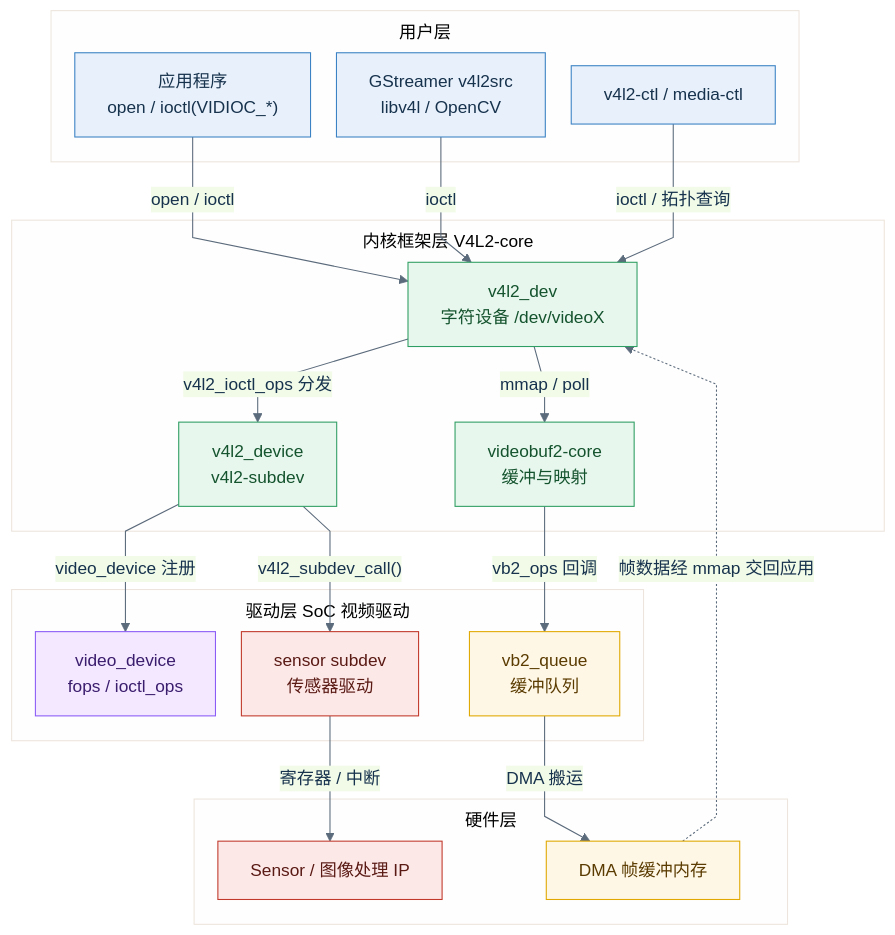
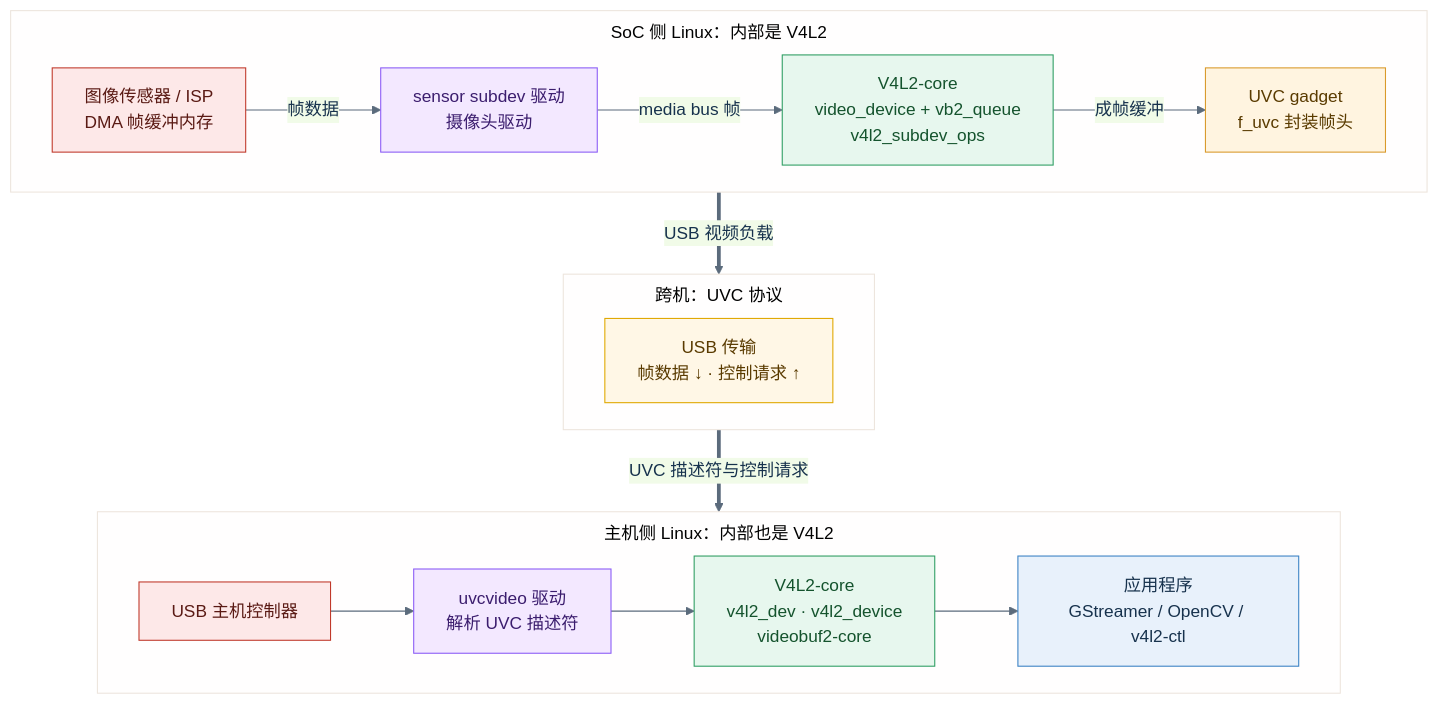
The second of 9 diagrams in content/posts/architecture/soc_video_pipeline_v4l2_dma_buf.md (DeguiLiu/tech-notes), drawn with Mermaid before and after one commit. The commit also changed other lines of this file, not shown here.

Commit message:
story-docs(blog): redraw layering figure for both V4L2 sides and label buffer stages

````diff
--- a/content/posts/architecture/soc_video_pipeline_v4l2_dma_buf.md
+++ b/content/posts/architecture/soc_video_pipeline_v4l2_dma_buf.md
@@ -71,39 +73,36 @@
 ```mermaid
-%%{init: {'theme':'base','flowchart':{'nodeSpacing':24,'rankSpacing':46,'curve':'linear','subGraphTitleMargin':{'top':8,'bottom':8}},'themeVariables':{'primaryColor':'#E8F1FB','primaryTextColor':'#17324D','primaryBorderColor':'#3B82C4','lineColor':'#5B6B7C'}}}%%
+%%{init: {'theme':'base','flowchart':{'nodeSpacing':30,'rankSpacing':52,'curve':'linear','subGraphTitleMargin':{'top':8,'bottom':8}},'themeVariables':{'primaryColor':'#E8F1FB','primaryTextColor':'#17324D','primaryBorderColor':'#3B82C4','lineColor':'#5B6B7C'}}}%%
 flowchart TB
-  subgraph L0["用户层"]
-    APP["应用程序<br/>open / ioctl(VIDIOC_*)"]:::app
-    LIB["GStreamer v4l2src<br/>libv4l / OpenCV"]:::app
-    TOOL["v4l2-ctl / media-ctl"]:::app
+  subgraph SOC["SoC 侧 Linux：内部是 V4L2"]
+    direction LR
+    S1["图像传感器 / ISP<br/>DMA 帧缓冲内存"]:::hw
+    S2["sensor subdev 驱动<br/>摄像头驱动"]:::drv
+    S3["V4L2-core<br/>video_device + vb2_queue<br/>v4l2_subdev_ops"]:::core
+    S4["UVC gadget<br/>f_uvc 封装帧头"]:::dev
+    S1 -->|"帧数据"| S2
+    S2 -->|"media bus 帧"| S3
+    S3 -->|"成帧缓冲"| S4
   end
-  subgraph L1["内核框架层 V4L2-core"]
-    FS["v4l2_dev<br/>字符设备 /dev/videoX"]:::core
-    CORE["v4l2_device<br/>v4l2-subdev"]:::core
-    VB2["videobuf2-core<br/>缓冲与映射"]:::core
+  subgraph LINK["跨机：UVC 协议"]
+    direction LR
+    U["USB 传输<br/>帧数据 ↓ · 控制请求 ↑"]:::usb
   end
-  subgraph L2["驱动层 SoC 视频驱动"]
-    VDEV["video_device<br/>fops / ioctl_ops"]:::drv
-    VQ["vb2_queue<br/>缓冲队列"]:::buf
-    SD["sensor subdev<br/>传感器驱动"]:::hw
+  subgraph HOST["主机侧 Linux：内部也是 V4L2"]
+    direction LR
+    H1["USB 主机控制器"]:::hw
+    H2["uvcvideo 驱动<br/>解析 UVC 描述符"]:::drv
+    H3["V4L2-core<br/>v4l2_dev · v4l2_device<br/>videobuf2-core"]:::core
+    H4["应用程序<br/>GStreamer / OpenCV / v4l2-ctl"]:::app
+    H1 --> H2
+    H2 --> H3
+    H3 --> H4
   end
-  subgraph L3["硬件层"]
-    SENS["Sensor / 图像处理 IP"]:::hw
-    DMA["DMA 帧缓冲内存"]:::buf
-  end
-  APP -->|"open / ioctl"| FS
-  LIB -->|"ioctl"| FS
-  TOOL -->|"ioctl / 拓扑查询"| FS
-  FS -->|"v4l2_ioctl_ops 分发"| CORE
-  FS -->|"mmap / poll"| VB2
-  CORE -->|"video_device 注册"| VDEV
-  CORE -->|"v4l2_subdev_call()"| SD
-  VB2 -->|"vb2_ops 回调"| VQ
-  SD -->|"寄存器 / 中断"| SENS
-  VQ -->|"DMA 搬运"| DMA
-  DMA -.->|"帧数据经 mmap 交回应用"| FS
+  SOC ==>|"USB 视频负载"| LINK
+  LINK ==>|"UVC 描述符与控制请求"| HOST
   classDef app fill:#E8F1FB,stroke:#3B82C4,color:#17324D
   classDef core fill:#E7F7EE,stroke:#2F9E63,color:#14532D
   classDef drv fill:#F3E8FF,stroke:#8B5CF6,color:#3B1D6E
-  classDef buf fill:#FFF7E6,stroke:#E0A800,color:#5A3B00
+  classDef dev fill:#FFF4E0,stroke:#D99A2B,color:#5A3B00
   classDef hw fill:#FDE8E8,stroke:#C0392B,color:#5A1A14
+  classDef usb fill:#FFF7E6,stroke:#E0A800,color:#5A3B00
 ```
````
